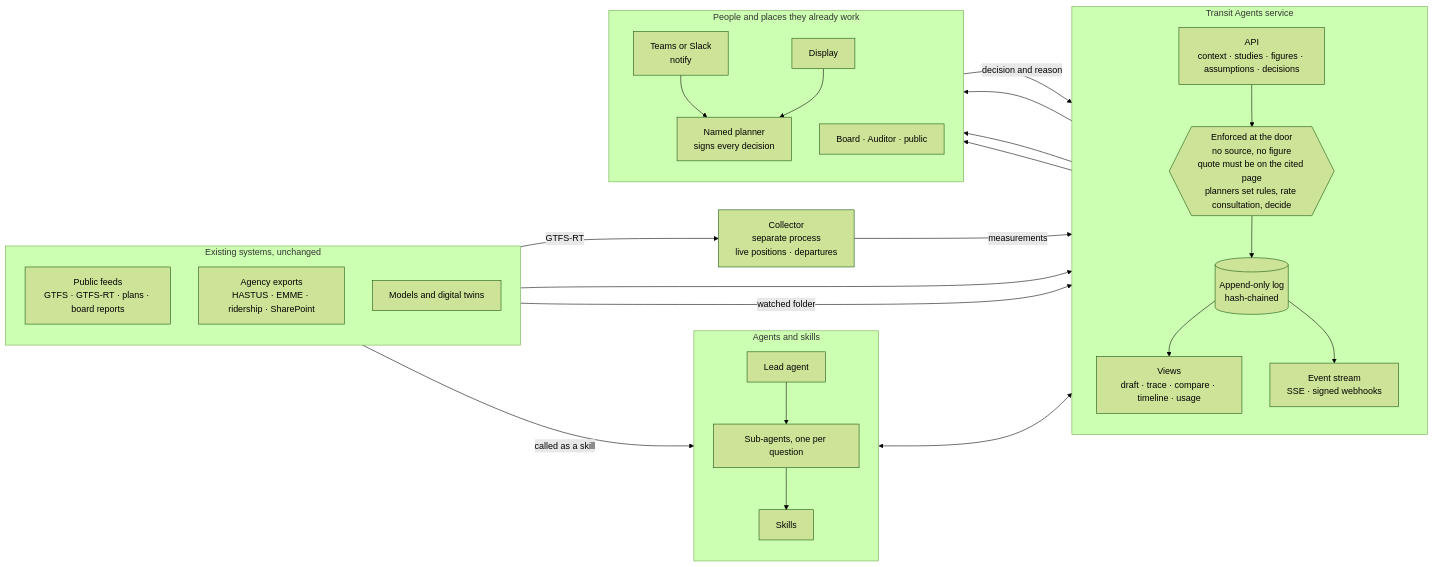
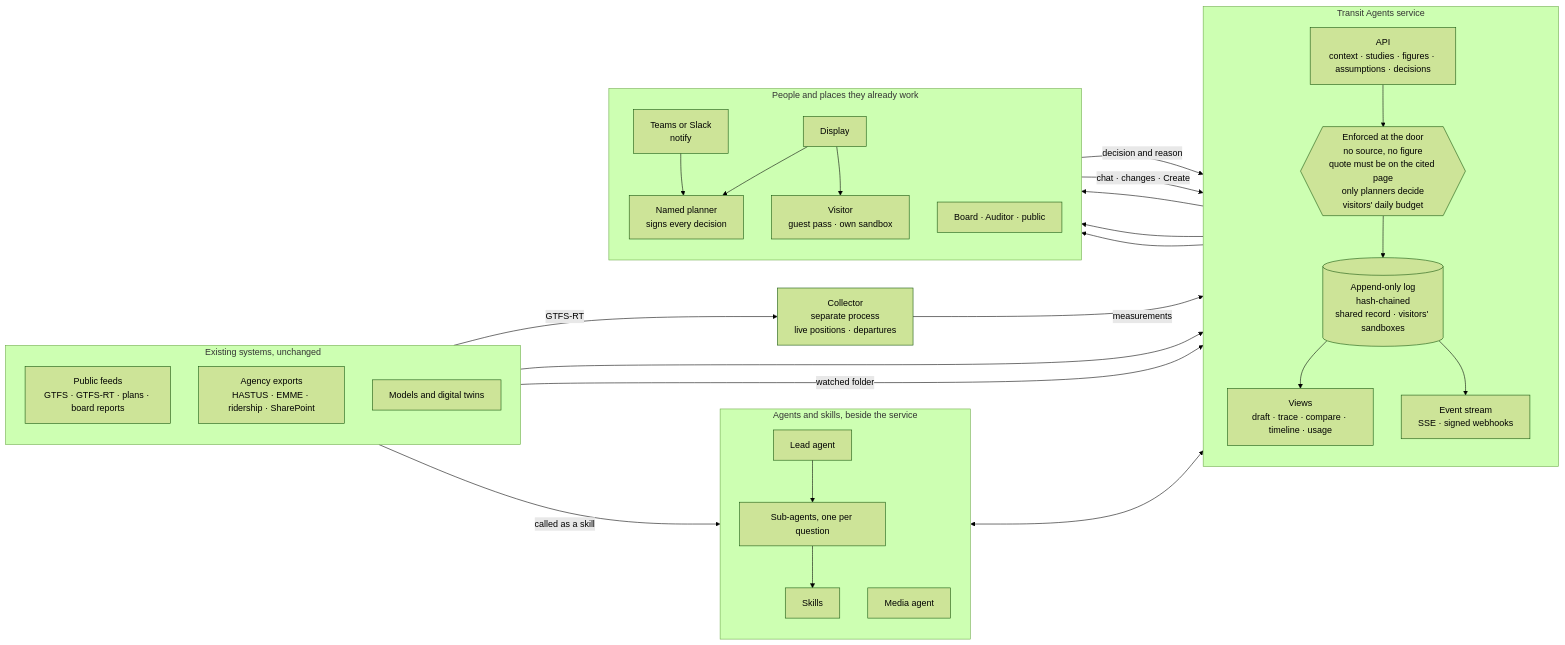
One commit to RichardLi-1/transit-agents changed the diagram in docs/system.md. Above: the diagram before and after it, drawn with Mermaid (forest theme). The commit also changed other lines of this file and 177 other files, not shown here.

First line of the commit message:
Add visitor access, map controls, notifications, transit renders, new skills and computer use

````diff
--- a/docs/system.md
+++ b/docs/system.md
@@ -6,52 +6,56 @@
 ```mermaid
 flowchart LR
     subgraph existing["Existing systems, unchanged"]
         direction TB
         feeds["Public feeds<br/>GTFS · GTFS-RT · plans · board reports"]
         exports["Agency exports<br/>HASTUS · EMME · ridership · SharePoint"]
         models["Models and digital twins"]
     end
 
-    subgraph agents["Agents and skills"]
+    subgraph agents["Agents and skills, beside the service"]
         direction TB
         lead["Lead agent"]
         subs["Sub-agents, one per question"]
         skills["Skills"]
+        media["Media agent"]
         lead --> subs --> skills
     end
 
     subgraph service["Transit Agents service"]
         direction TB
         api["API<br/>context · studies · figures · assumptions · decisions"]
-        gate{{"Enforced at the door<br/>no source, no figure<br/>quote must be on the cited page<br/>planners set rules, rate consultation, decide"}}
-        log[("Append-only log<br/>hash-chained")]
+        gate{{"Enforced at the door<br/>no source, no figure<br/>quote must be on the cited page<br/>only planners decide<br/>visitors' daily budget"}}
+        log[("Append-only log<br/>hash-chained<br/>shared record · visitors' sandboxes")]
         views["Views<br/>draft · trace · compare · timeline · usage"]
         out["Event stream<br/>SSE · signed webhooks"]
         api --> gate --> log
         log --> views
         log --> out
     end
 
     collector["Collector<br/>separate process<br/>live positions · departures"]
     feeds -- "GTFS-RT" --> collector
     collector -- "measurements" --> views
 
     subgraph people["People and places they already work"]
         direction TB
         chat["Teams or Slack<br/>notify"]
         display["Display"]
         planner["Named planner<br/>signs every decision"]
+        visitor["Visitor<br/>guest pass · own sandbox"]
         external["Board · Auditor · public"]
     end
 
     feeds --> api
     exports -- "watched folder" --> api
     models -- "called as a skill" --> skills
     agents <--> api
     views --> display
     out --> chat
     out --> external
     chat --> planner
     display --> planner
+    display --> visitor
     planner -- "decision and reason" --> api
+    visitor -- "chat · changes · Create" --> api
 ```
````
